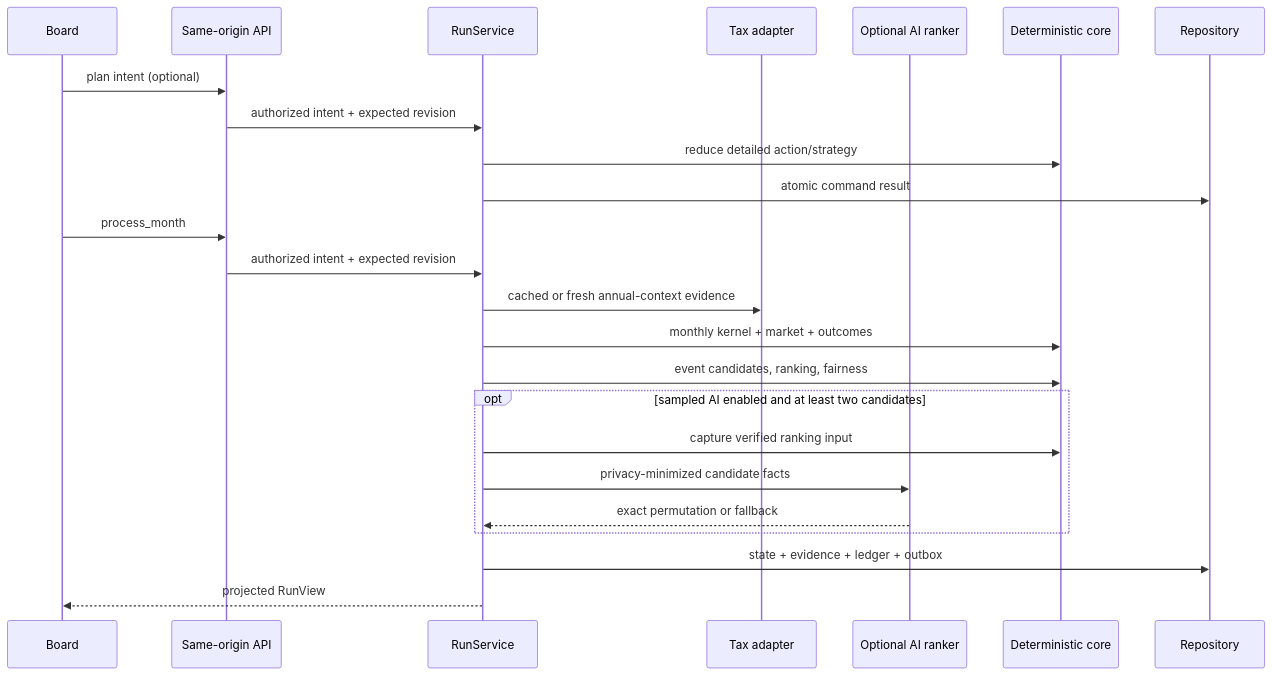
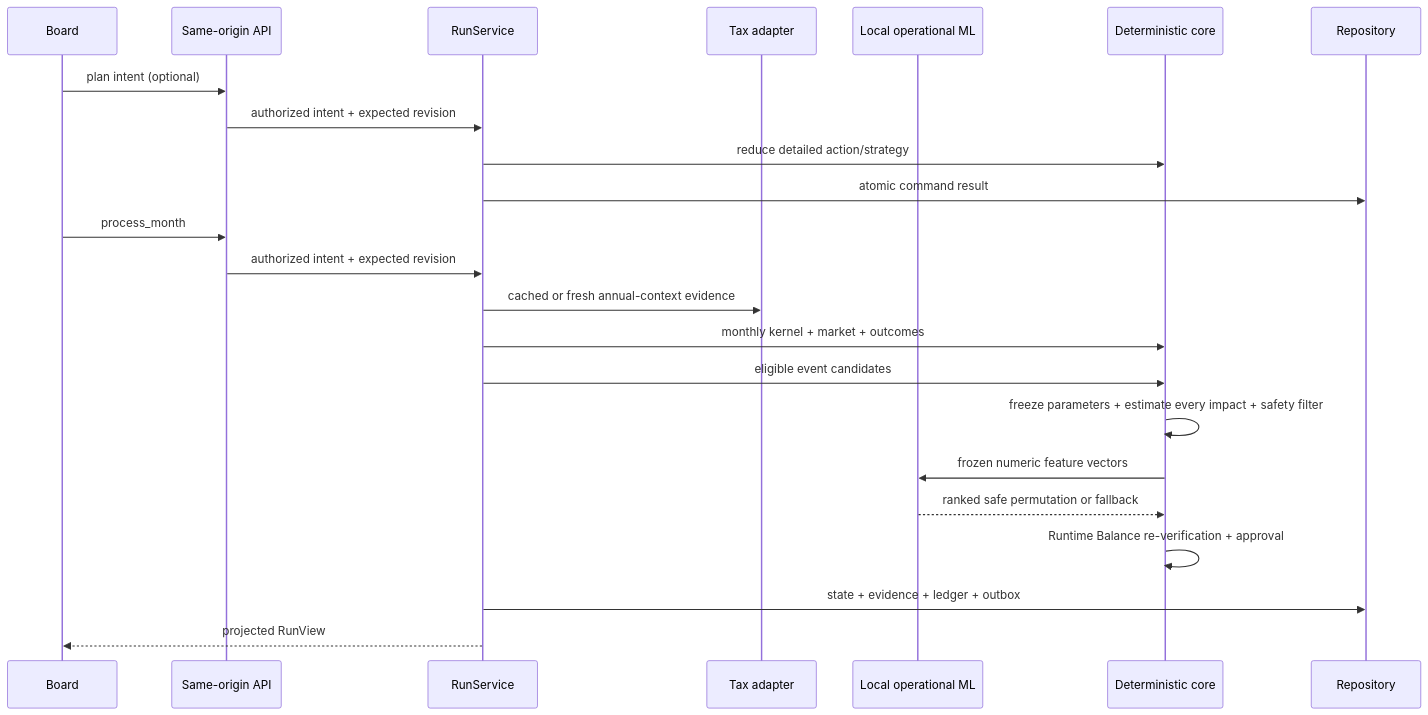
Before and after one commit to tiennguyentony/life_finance: the second of 2 diagrams in docs/architecture/overview.md, drawn with Mermaid. The commit also changed other lines of this file and 7 other files, not shown here.

Commit message:
Document operational ML gameplay architecture

````diff
--- a/docs/architecture/overview.md
+++ b/docs/architecture/overview.md
@@ -34,26 +34,25 @@
 ```mermaid
 sequenceDiagram
   participant UI as Board
   participant API as Same-origin API
   participant RS as RunService
   participant TAX as Tax adapter
-  participant AI as Optional AI ranker
+  participant ML as Local operational ML
   participant CORE as Deterministic core
   participant DB as Repository
   UI->>API: plan intent (optional)
   API->>RS: authorized intent + expected revision
   RS->>CORE: reduce detailed action/strategy
   RS->>DB: atomic command result
   UI->>API: process_month
   API->>RS: authorized intent + expected revision
   RS->>TAX: cached or fresh annual-context evidence
   RS->>CORE: monthly kernel + market + outcomes
-  RS->>CORE: event candidates, ranking, fairness
-  opt sampled AI enabled and at least two candidates
-    RS->>CORE: capture verified ranking input
-    RS->>AI: privacy-minimized candidate facts
-    AI-->>RS: exact permutation or fallback
-  end
+  RS->>CORE: eligible event candidates
+  CORE->>CORE: freeze parameters + estimate every impact + safety filter
+  CORE->>ML: frozen numeric feature vectors
+  ML-->>CORE: ranked safe permutation or fallback
+  CORE->>CORE: Runtime Balance re-verification + approval
   RS->>DB: state + evidence + ledger + outbox
   RS-->>UI: projected RunView
 ```
````
